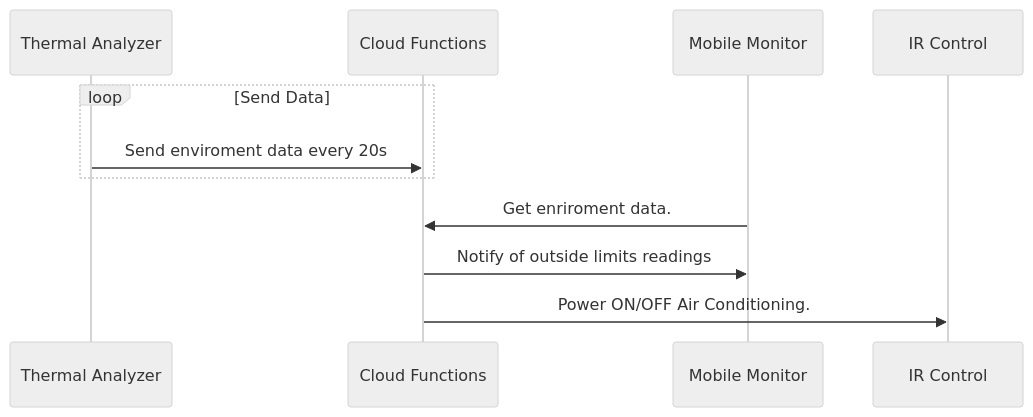
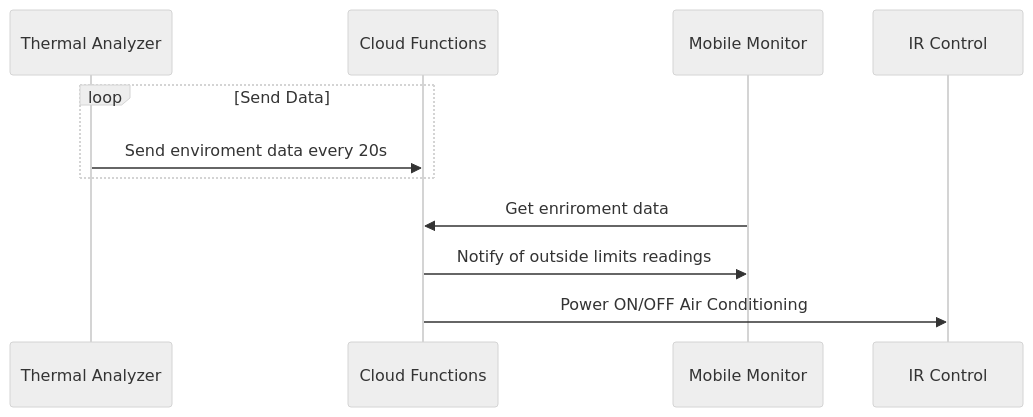
The diagram in profile/README.md (guardia-technology/.github), drawn with Mermaid (neutral theme) before and after one commit. The commit also changed other lines of this file, not shown here.

````diff
--- a/profile/README.md
+++ b/profile/README.md
@@ -19,11 +36,10 @@
 ```mermaid
 sequenceDiagram
     loop Send Data
         Thermal Analyzer ->> Cloud Functions: Send enviroment data every 20s
     end
     
-    Mobile Monitor->>Cloud Functions: Get enriroment data.
+    Mobile Monitor ->> Cloud Functions: Get enriroment data
     Cloud Functions ->> Mobile Monitor: Notify of outside limits readings
-    
-    Cloud Functions ->> IR Control: Power ON/OFF Air Conditioning.
+    Cloud Functions ->> IR Control: Power ON/OFF Air Conditioning
 ```
````
